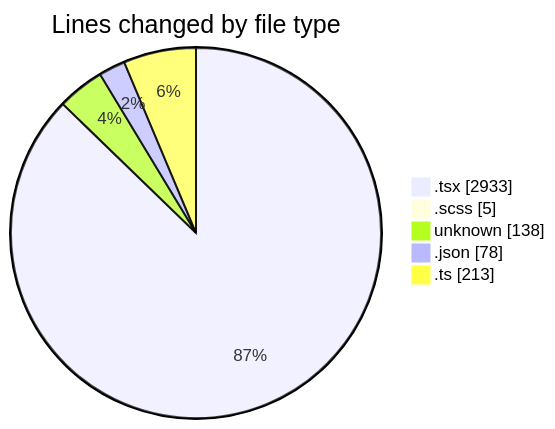
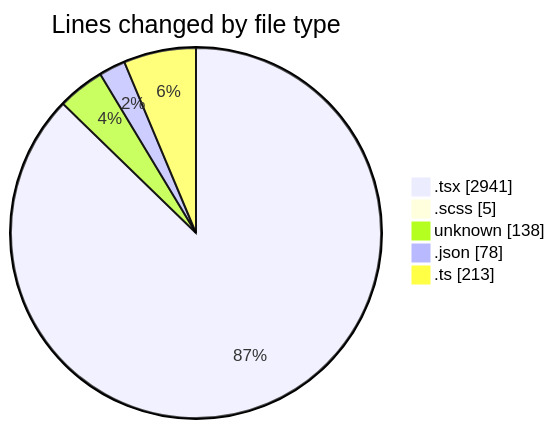
One commit to momahboobian/code-tracking changed the first of 2 diagrams in 2026-10-13/cda/README.md. Above: the diagram before and after it, drawn with Mermaid. The commit also changed other lines of this file and 1 other file, not shown here.

````diff
--- a/2026-10-13/cda/README.md
+++ b/2026-10-13/cda/README.md
@@ -38,9 +38,9 @@
 ```mermaid
 pie showData
 title Lines changed by file type
-".tsx" : 2933
+".tsx" : 2941
 ".scss" : 5
 "unknown" : 138
 ".json" : 78
 ".ts" : 213
 ```
````
